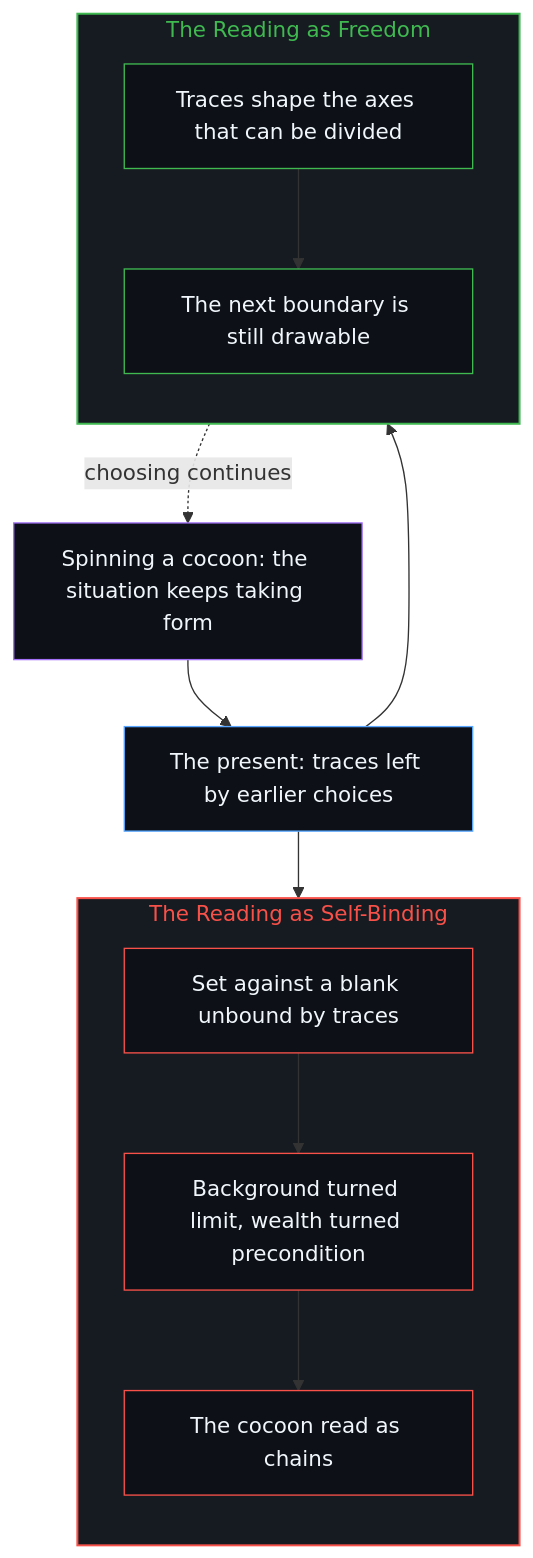
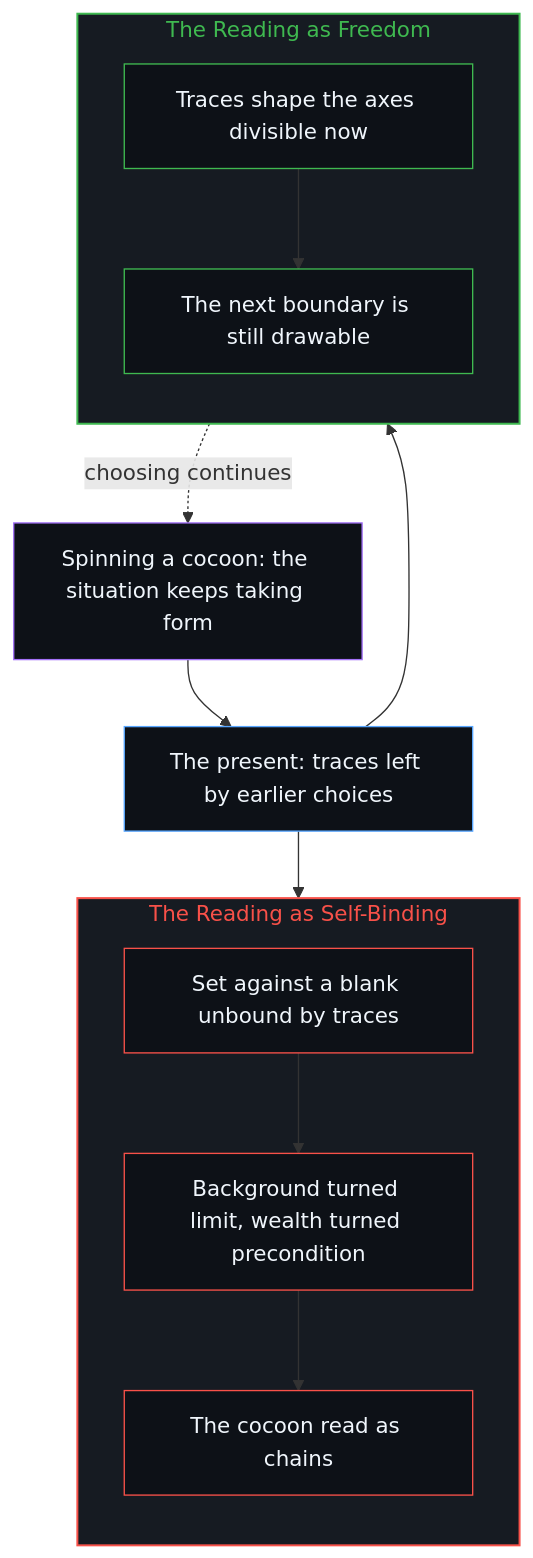
The second of 2 diagrams in content/posts/zuo-jian-bu-shi-zi-fu.md (powerpig99/not-a-toe), drawn with Mermaid before and after one commit. The commit also changed other lines of this file and 2 other files, not shown here.

````diff
--- a/content/posts/zuo-jian-bu-shi-zi-fu.md
+++ b/content/posts/zuo-jian-bu-shi-zi-fu.md
@@ -57,29 +57,29 @@
 ```mermaid
 flowchart TD
     C["Spinning a cocoon: the situation keeps taking form"]
     T["The present: traces left by earlier choices"]
     subgraph S_Free["The Reading as Freedom"]
         direction TB
-        F1["Traces shape the axes that can be divided"]
+        F1["Traces shape the axes divisible now"]
         F2["The next boundary is still drawable"]
     end
     subgraph S_Chain["The Reading as Self-Binding"]
         direction TB
         B1["Set against a blank unbound by traces"]
         B2["Background turned limit, wealth turned precondition"]
         B3["The cocoon read as chains"]
     end
     C --> T
     T --> F1 --> F2
     T --> B1 --> B2 --> B3
     F2 -.->|"choosing continues"| C
     style S_Free fill:#161b22,stroke:#3fb950,stroke-width:1.5px,color:#3fb950
     style S_Chain fill:#161b22,stroke:#f85149,stroke-width:1.5px,color:#f85149
     style C fill:#0d1117,stroke:#a371f7,stroke-width:1px,color:#f0f6fc
     style T fill:#0d1117,stroke:#58a6ff,stroke-width:1px,color:#f0f6fc
     style F1 fill:#0d1117,stroke:#3fb950,stroke-width:1px,color:#f0f6fc
     style F2 fill:#0d1117,stroke:#3fb950,stroke-width:1px,color:#f0f6fc
     style B1 fill:#0d1117,stroke:#f85149,stroke-width:1px,color:#f0f6fc
     style B2 fill:#0d1117,stroke:#f85149,stroke-width:1px,color:#f0f6fc
     style B3 fill:#0d1117,stroke:#f85149,stroke-width:1px,color:#f0f6fc
 ```
````
